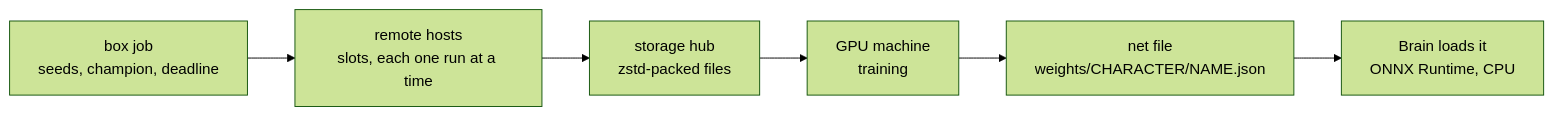
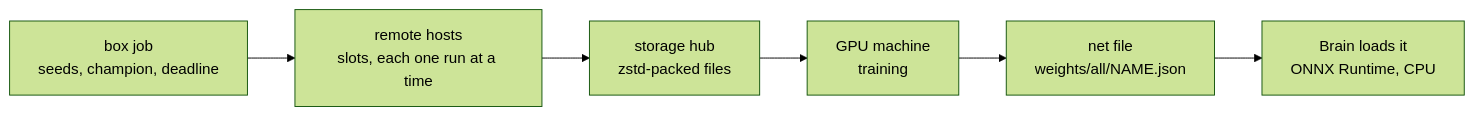
The diagram in docs/src/content/docs/en/arch/learning/reference.mdx (shinnku-nikaidou/spire-zero), drawn with Mermaid (forest theme) before and after one commit. The commit also changed other lines of this file and 87 other files, not shown here.

````diff
--- a/docs/src/content/docs/en/arch/learning/reference.mdx
+++ b/docs/src/content/docs/en/arch/learning/reference.mdx
@@ -14,8 +14,8 @@
 ```mermaid
 flowchart LR
   S["box job<br/>seeds, champion, deadline"] --> W["remote hosts<br/>slots, each one run at a time"]
   W --> H["storage hub<br/>zstd-packed files"]
   H --> T["GPU machine<br/>training"]
-  T --> WT["net file<br/>weights/CHARACTER/NAME.json"]
+  T --> WT["net file<br/>weights/all/NAME.json"]
   WT --> B["Brain loads it<br/>ONNX Runtime, CPU"]
 ```
````
